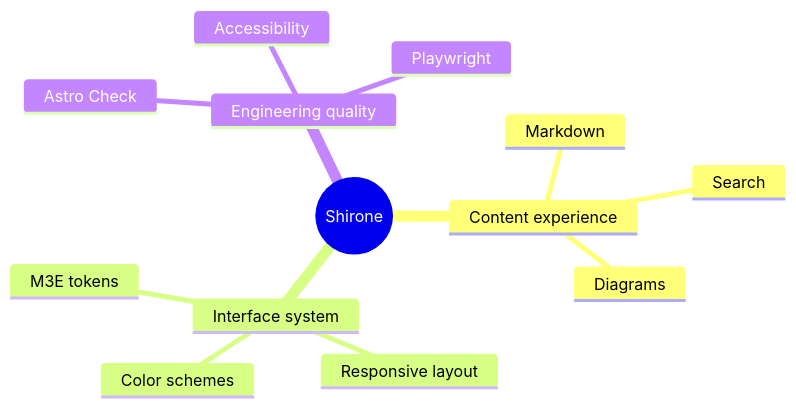
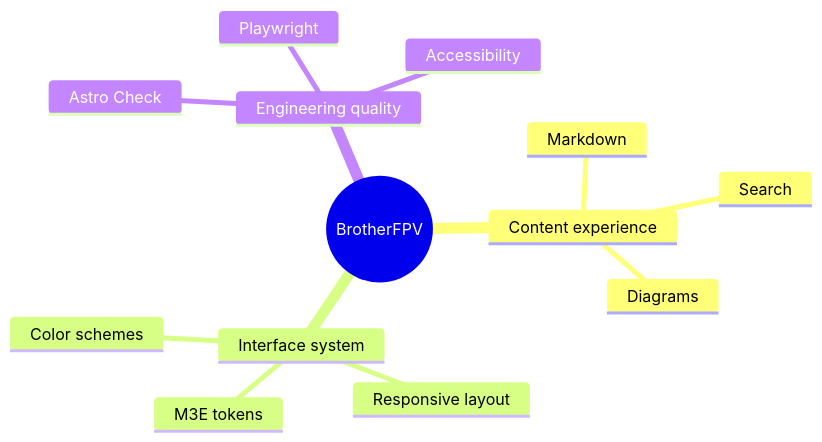
One commit to BrotherFPV/blog changed the ninth of 15 diagrams in src/content/posts/markdown-mermaid.md. Above: the diagram before and after it, drawn with Mermaid. The commit also changed other lines of this file, not shown here.

Commit message:
演示内容品牌统一为 BrotherFPV

````diff
--- a/src/content/posts/markdown-mermaid.md
+++ b/src/content/posts/markdown-mermaid.md
@@ -191,16 +191,16 @@
 ```mermaid
 mindmap
-  root((Shirone))
+  root((BrotherFPV))
     Content experience
       Markdown
       Search
       Diagrams
     Interface system
       M3E tokens
       Responsive layout
       Color schemes
     Engineering quality
       Astro Check
       Playwright
       Accessibility
 ```
````
